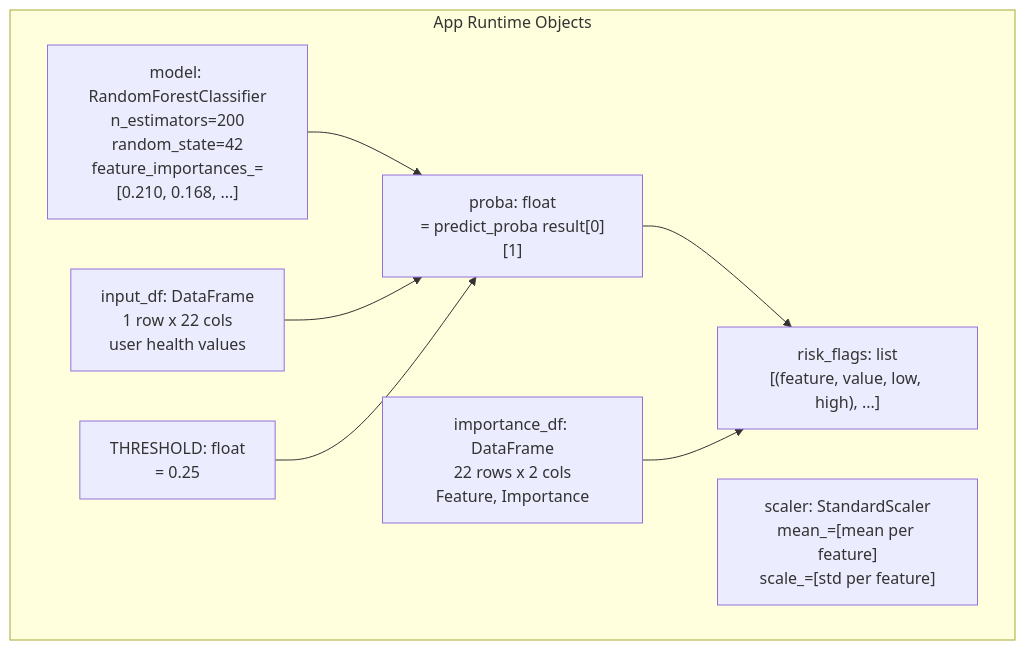
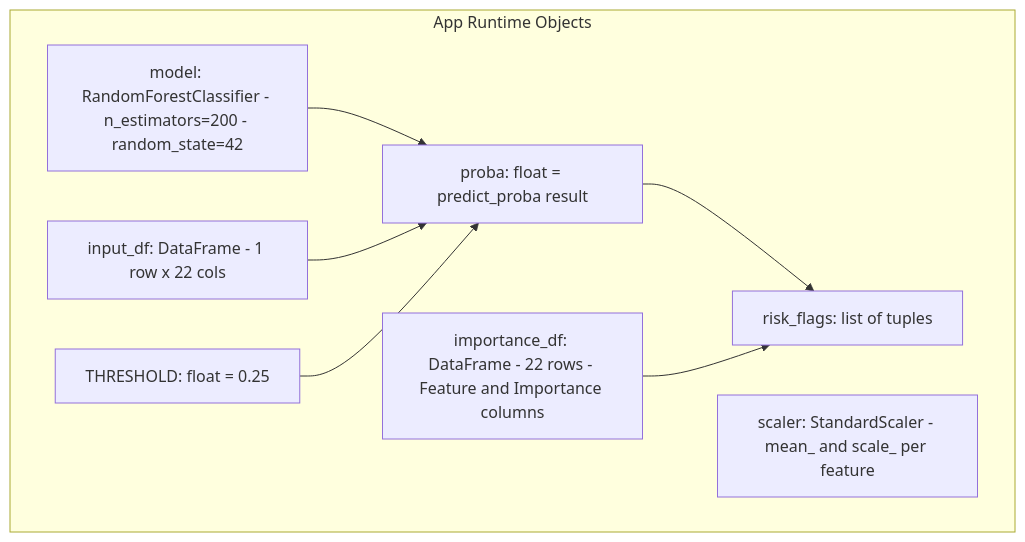
Before and after one commit to KARTHIKAKRISHNA123/vitacheck-ml: diagram 12 of 14 in README.md, drawn with Mermaid. The commit also changed other lines of this file, not shown here.

````diff
--- a/README.md
+++ b/README.md
@@ -605,18 +445,17 @@
 ```mermaid
 flowchart TD
-    subgraph Runtime["App Runtime Objects"]
-        OBJ1["model: RandomForestClassifier\nn_estimators=200\nrandom_state=42\nfeature_importances_=[0.210, 0.168, ...]"]
-        OBJ2["scaler: StandardScaler\nmean_=[mean per feature]\nscale_=[std per feature]"]
-        OBJ3["importance_df: DataFrame\n22 rows x 2 cols\nFeature, Importance"]
-        OBJ4["THRESHOLD: float\n= 0.25"]
-        OBJ5["input_df: DataFrame\n1 row x 22 cols\nuser health values"]
-        OBJ6["proba: float\n= predict_proba result[0][1]"]
-        OBJ7["risk_flags: list\n[(feature, value, low, high), ...]"]
+    subgraph RuntimeObjects["App Runtime Objects"]
+        OBJ1["model: RandomForestClassifier - n_estimators=200 - random_state=42"]
+        OBJ2["scaler: StandardScaler - mean_ and scale_ per feature"]
+        OBJ3["importance_df: DataFrame - 22 rows - Feature and Importance columns"]
+        OBJ4["THRESHOLD: float = 0.25"]
+        OBJ5["input_df: DataFrame - 1 row x 22 cols"]
+        OBJ6["proba: float = predict_proba result"]
+        OBJ7["risk_flags: list of tuples"]
     end
-
     OBJ1 --> OBJ6
     OBJ5 --> OBJ6
     OBJ4 --> OBJ6
     OBJ6 --> OBJ7
     OBJ3 --> OBJ7
 ```
````
